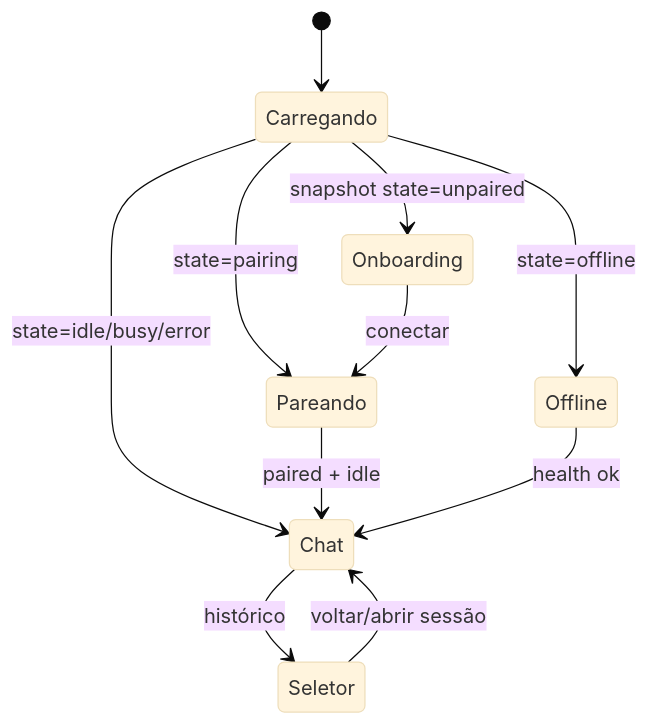
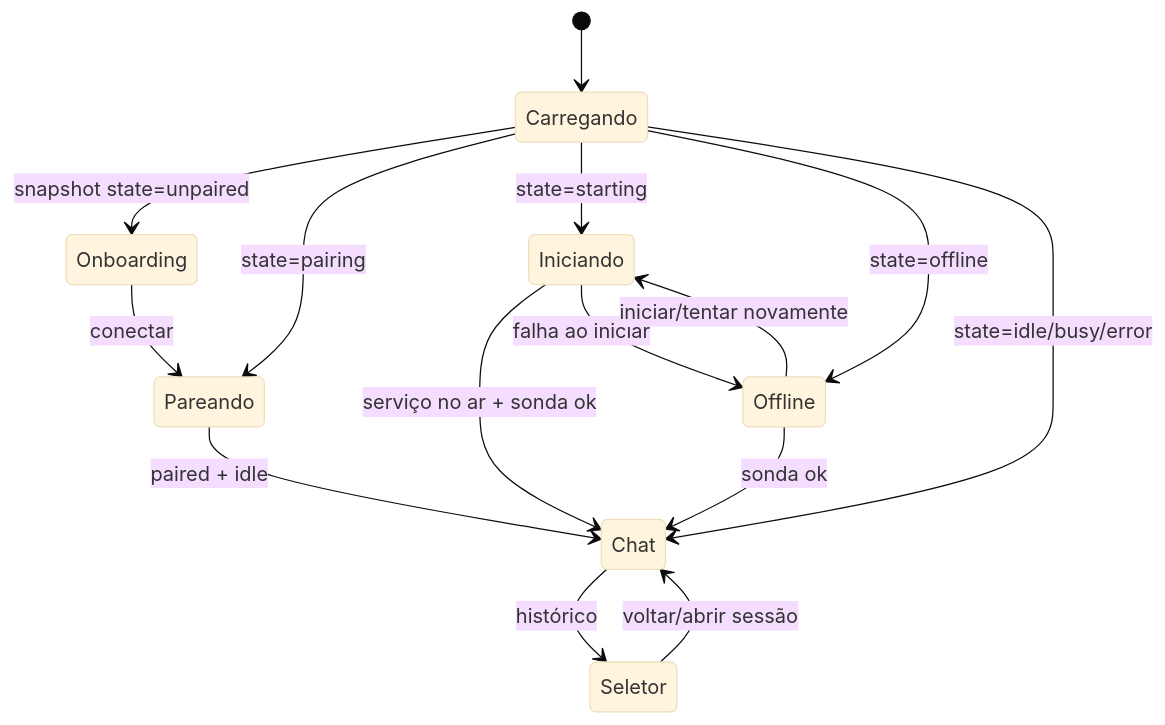
One commit to marcos2872/msbos-ai-chat changed the diagram in docs/interface.md. Above: the diagram before and after it, drawn with Mermaid (base theme). The commit also changed other lines of this file and 19 other files, not shown here.

````diff
--- a/docs/interface.md
+++ b/docs/interface.md
@@ -29,13 +29,17 @@
 ```mermaid
 stateDiagram-v2
     [*] --> Carregando
     Carregando --> Onboarding: snapshot state=unpaired
     Carregando --> Pareando: state=pairing
+    Carregando --> Iniciando: state=starting
     Carregando --> Offline: state=offline
     Carregando --> Chat: state=idle/busy/error
     Onboarding --> Pareando: conectar
     Pareando --> Chat: paired + idle
-    Offline --> Chat: health ok
+    Iniciando --> Chat: serviço no ar + sonda ok
+    Iniciando --> Offline: falha ao iniciar
+    Offline --> Iniciando: iniciar/tentar novamente
+    Offline --> Chat: sonda ok
     Chat --> Seletor: histórico
     Seletor --> Chat: voltar/abrir sessão
 ```
````
